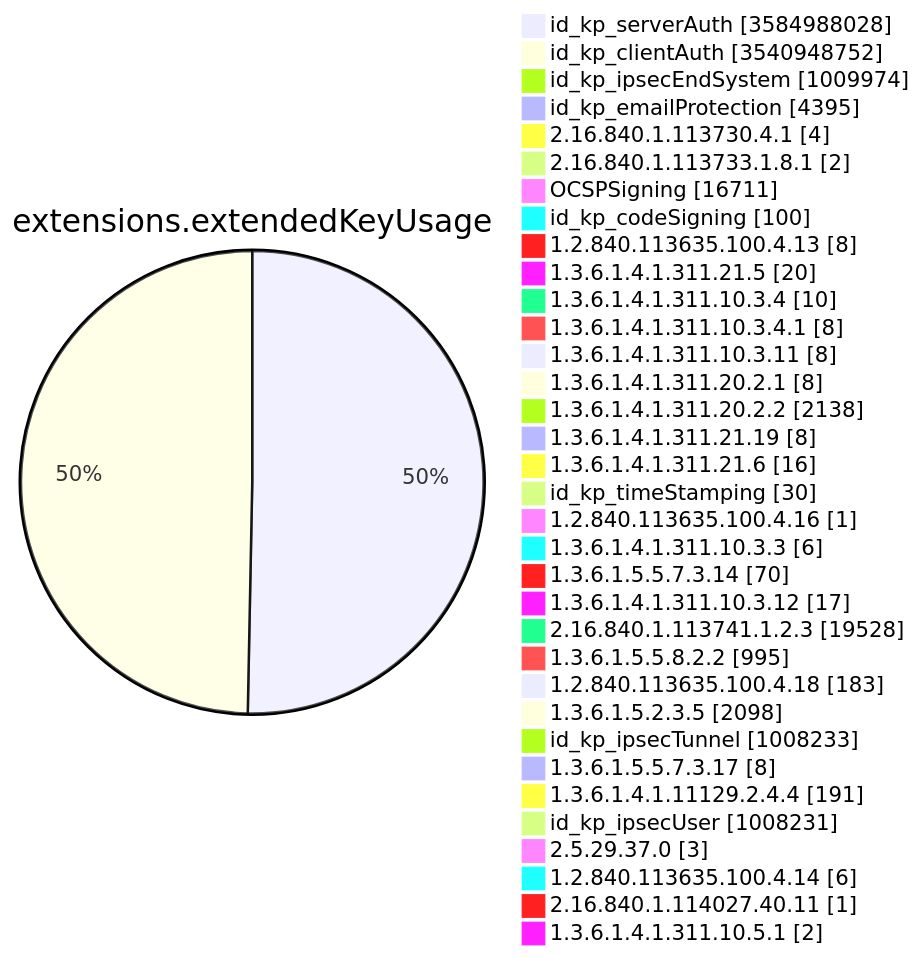
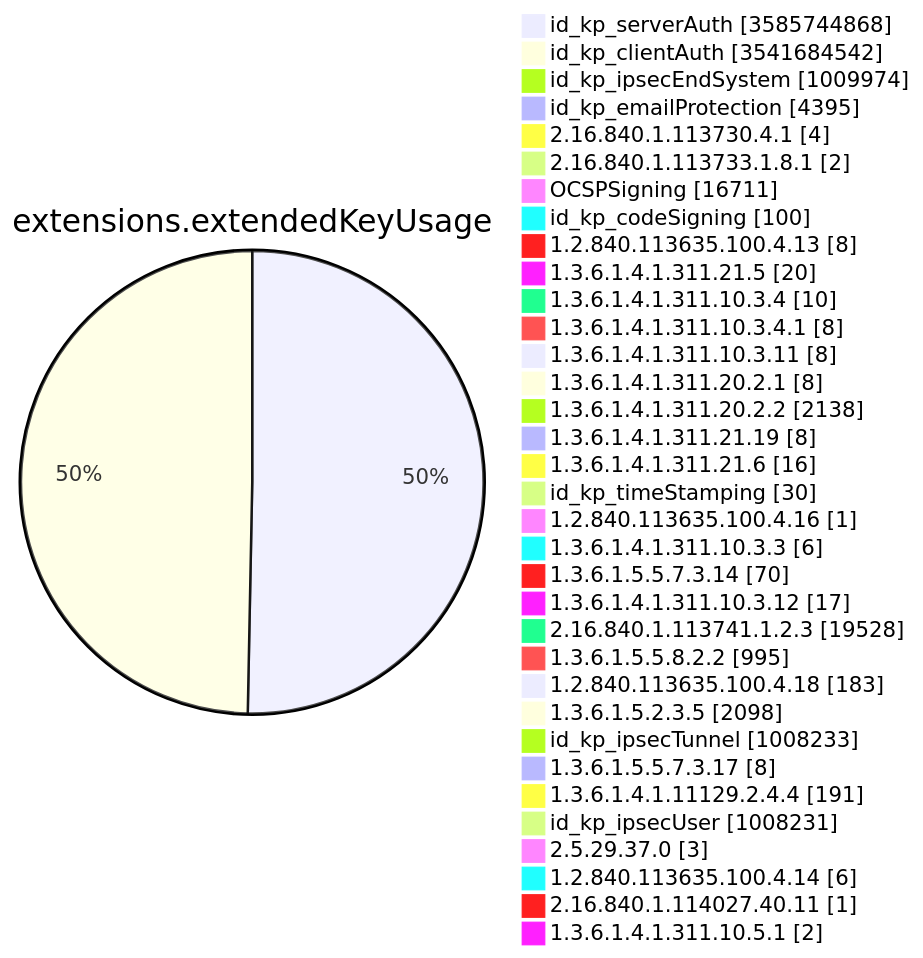
Diagram 11 of 15 in TOTAL/README.md (christiankrug/ctmonitor_visualization), drawn with Mermaid before and after one commit. The commit also changed other lines of this file, not shown here.

````diff
--- a/TOTAL/README.md
+++ b/TOTAL/README.md
@@ -4128,38 +4128,38 @@
 ```mermaid
 pie showData
 title extensions.extendedKeyUsage
-"id_kp_serverAuth" :3584988028
-"id_kp_clientAuth" :3540948752
+"id_kp_serverAuth" :3585744868
+"id_kp_clientAuth" :3541684542
 "id_kp_ipsecEndSystem" :1009974
 "id_kp_emailProtection" :4395
 "2.16.840.1.113730.4.1" :4
 "2.16.840.1.113733.1.8.1" :2
 "OCSPSigning" :16711
 "id_kp_codeSigning" :100
 "1.2.840.113635.100.4.13" :8
 "1.3.6.1.4.1.311.21.5" :20
 "1.3.6.1.4.1.311.10.3.4" :10
 "1.3.6.1.4.1.311.10.3.4.1" :8
 "1.3.6.1.4.1.311.10.3.11" :8
 "1.3.6.1.4.1.311.20.2.1" :8
 "1.3.6.1.4.1.311.20.2.2" :2138
 "1.3.6.1.4.1.311.21.19" :8
 "1.3.6.1.4.1.311.21.6" :16
 "id_kp_timeStamping" :30
 "1.2.840.113635.100.4.16" :1
 "1.3.6.1.4.1.311.10.3.3" :6
 "1.3.6.1.5.5.7.3.14" :70
 "1.3.6.1.4.1.311.10.3.12" :17
 "2.16.840.1.113741.1.2.3" :19528
 "1.3.6.1.5.5.8.2.2" :995
 "1.2.840.113635.100.4.18" :183
 "1.3.6.1.5.2.3.5" :2098
 "id_kp_ipsecTunnel" :1008233
 "1.3.6.1.5.5.7.3.17" :8
 "1.3.6.1.4.1.11129.2.4.4" :191
 "id_kp_ipsecUser" :1008231
 "2.5.29.37.0" :3
 "1.2.840.113635.100.4.14" :6
 "2.16.840.1.114027.40.11" :1
 "1.3.6.1.4.1.311.10.5.1" :2
 ```
````
